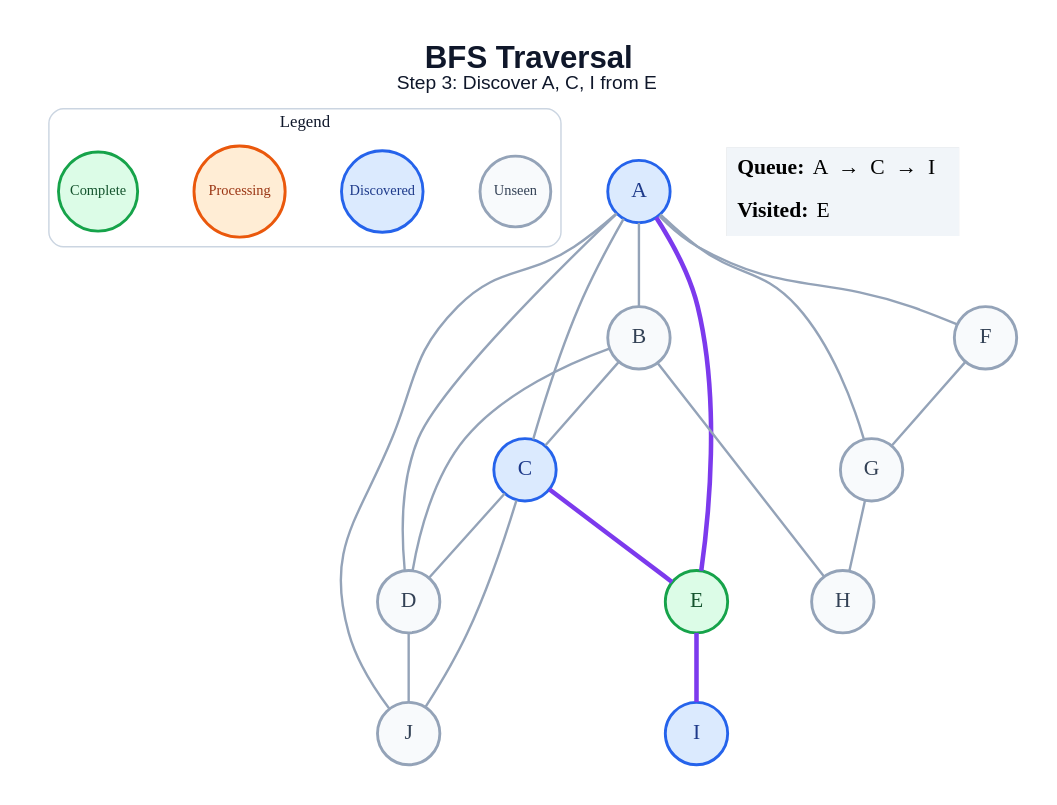
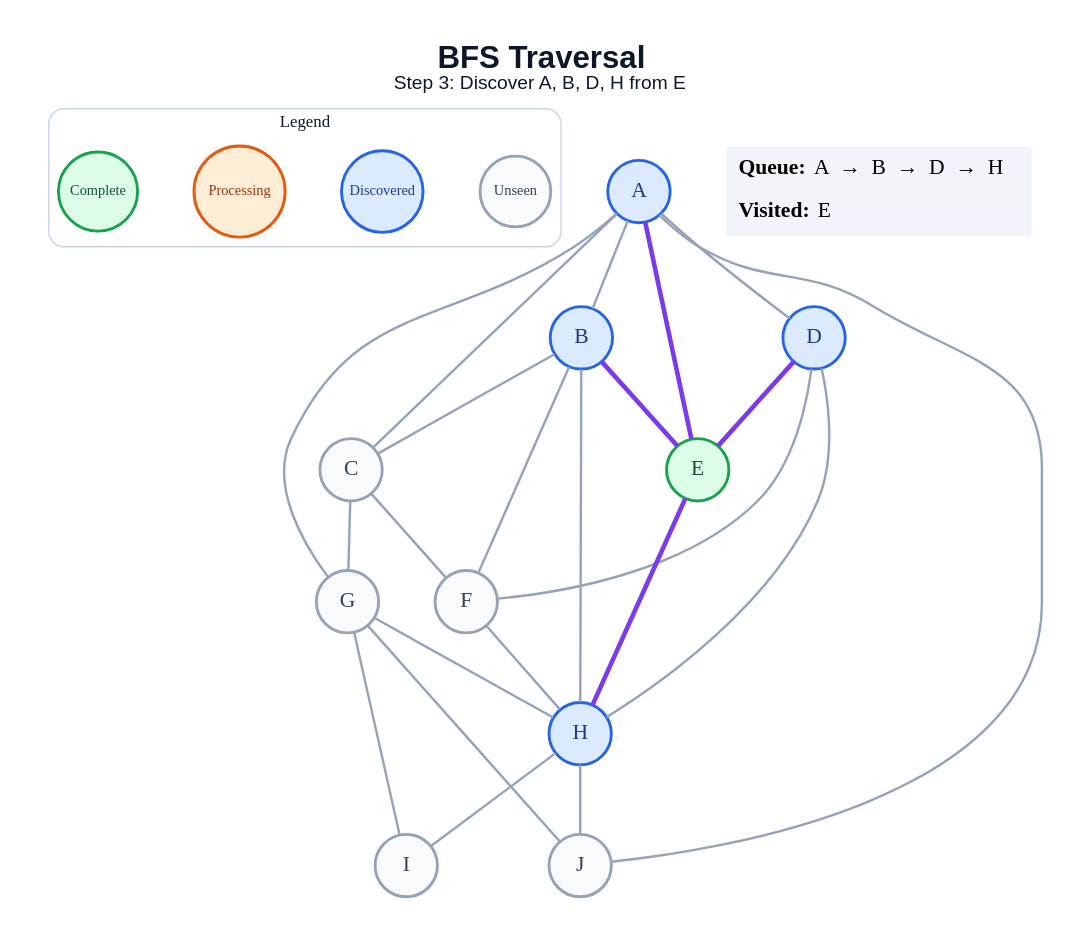
One commit to anon7238593-create/ai-slop changed the diagram in generated/specific-node/bfs/step_03.dot. Above: the diagram before and after it, drawn with Graphviz. The commit also changed 178 other files, not shown here.

```diff
--- a/generated/specific-node/bfs/step_03.dot
+++ b/generated/specific-node/bfs/step_03.dot
@@ -1,46 +1,51 @@
 graph traversal {
   graph [layout=dot, rankdir=TB, bgcolor="#FFFFFF", pad="0.35", nodesep="0.65", ranksep="0.8", fontname="Arial"];
   node [shape=circle, style="filled", fontname="Arial Bold", fontsize=18, width=0.72, fixedsize=true, penwidth=2.4];
   edge [color="#94A3B8", penwidth=2.0];
-  label=<<B>BFS Traversal</B><BR/><FONT POINT-SIZE="16">Step 3: Discover A, C, I from E</FONT>>; labelloc="t"; fontsize=26; fontname="Arial"; fontcolor="#0F172A";
+  label=<<B>BFS Traversal</B><BR/><FONT POINT-SIZE="16">Step 3: Discover A, B, D, H from E</FONT>>; labelloc="t"; fontsize=26; fontname="Arial"; fontcolor="#0F172A";
   subgraph cluster_legend { label="Legend"; color="#CBD5E1"; penwidth=1.2; style="rounded"; fontsize=14; fontname="Arial Bold";
     key_unseen [label="Unseen", fillcolor="#F8FAFC", color="#94A3B8", fontcolor="#334155", fontsize=12, width=0.82];
     key_frontier [label="Discovered", fillcolor="#DBEAFE", color="#2563EB", fontcolor="#1E3A8A", fontsize=12, width=0.95];
     key_current [label="Processing", fillcolor="#FFEDD5", color="#EA580C", fontcolor="#9A3412", fontsize=12, width=1.05];
     key_done [label="Complete", fillcolor="#DCFCE7", color="#16A34A", fontcolor="#14532D", fontsize=12, width=0.92];
     { rank=same; key_unseen; key_frontier; key_current; key_done; }
   }
   A [fillcolor="#DBEAFE", color="#2563EB", fontcolor="#1E3A8A"];
-  B [fillcolor="#F8FAFC", color="#94A3B8", fontcolor="#334155"];
-  C [fillcolor="#DBEAFE", color="#2563EB", fontcolor="#1E3A8A"];
-  D [fillcolor="#F8FAFC", color="#94A3B8", fontcolor="#334155"];
+  B [fillcolor="#DBEAFE", color="#2563EB", fontcolor="#1E3A8A"];
+  C [fillcolor="#F8FAFC", color="#94A3B8", fontcolor="#334155"];
+  D [fillcolor="#DBEAFE", color="#2563EB", fontcolor="#1E3A8A"];
   E [fillcolor="#DCFCE7", color="#16A34A", fontcolor="#14532D"];
   F [fillcolor="#F8FAFC", color="#94A3B8", fontcolor="#334155"];
   G [fillcolor="#F8FAFC", color="#94A3B8", fontcolor="#334155"];
-  H [fillcolor="#F8FAFC", color="#94A3B8", fontcolor="#334155"];
-  I [fillcolor="#DBEAFE", color="#2563EB", fontcolor="#1E3A8A"];
+  H [fillcolor="#DBEAFE", color="#2563EB", fontcolor="#1E3A8A"];
+  I [fillcolor="#F8FAFC", color="#94A3B8", fontcolor="#334155"];
   J [fillcolor="#F8FAFC", color="#94A3B8", fontcolor="#334155"];
   A -- B;
   A -- C;
   A -- D;
   A -- E [color="#7C3AED", penwidth=3.8];
-  A -- F;
   A -- G;
   A -- J;
   B -- C;
-  B -- D;
+  B -- E [color="#7C3AED", penwidth=3.8];
+  B -- F;
   B -- H;
-  C -- D;
-  C -- E [color="#7C3AED", penwidth=3.8];
-  C -- J;
-  D -- J;
-  E -- I [color="#7C3AED", penwidth=3.8];
-  F -- G;
+  C -- F;
+  C -- G;
+  D -- E [color="#7C3AED", penwidth=3.8];
+  D -- F;
+  D -- H;
+  E -- H [color="#7C3AED", penwidth=3.8];
+  F -- H;
   G -- H;
+  G -- I;
+  G -- J;
+  H -- I;
+  H -- J;
   status [shape=plain, fixedsize=false, width=0, height=0, margin=0, label=<
     <TABLE BORDER="0" CELLBORDER="0" CELLPADDING="7" BGCOLOR="#F1F5F9">
-      <TR><TD ALIGN="LEFT"><B>Queue:</B> A  →  C  →  I</TD></TR>
+      <TR><TD ALIGN="LEFT"><B>Queue:</B> A  →  B  →  D  →  H</TD></TR>
       <TR><TD ALIGN="LEFT"><B>Visited:</B> E</TD></TR>
     </TABLE>
   >];
 }
```
